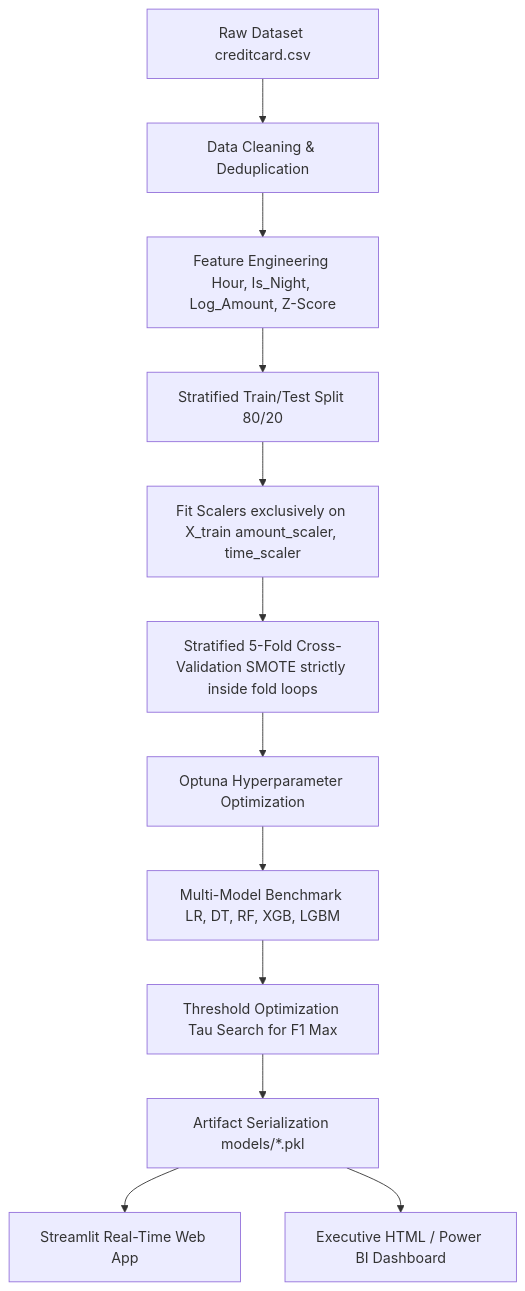
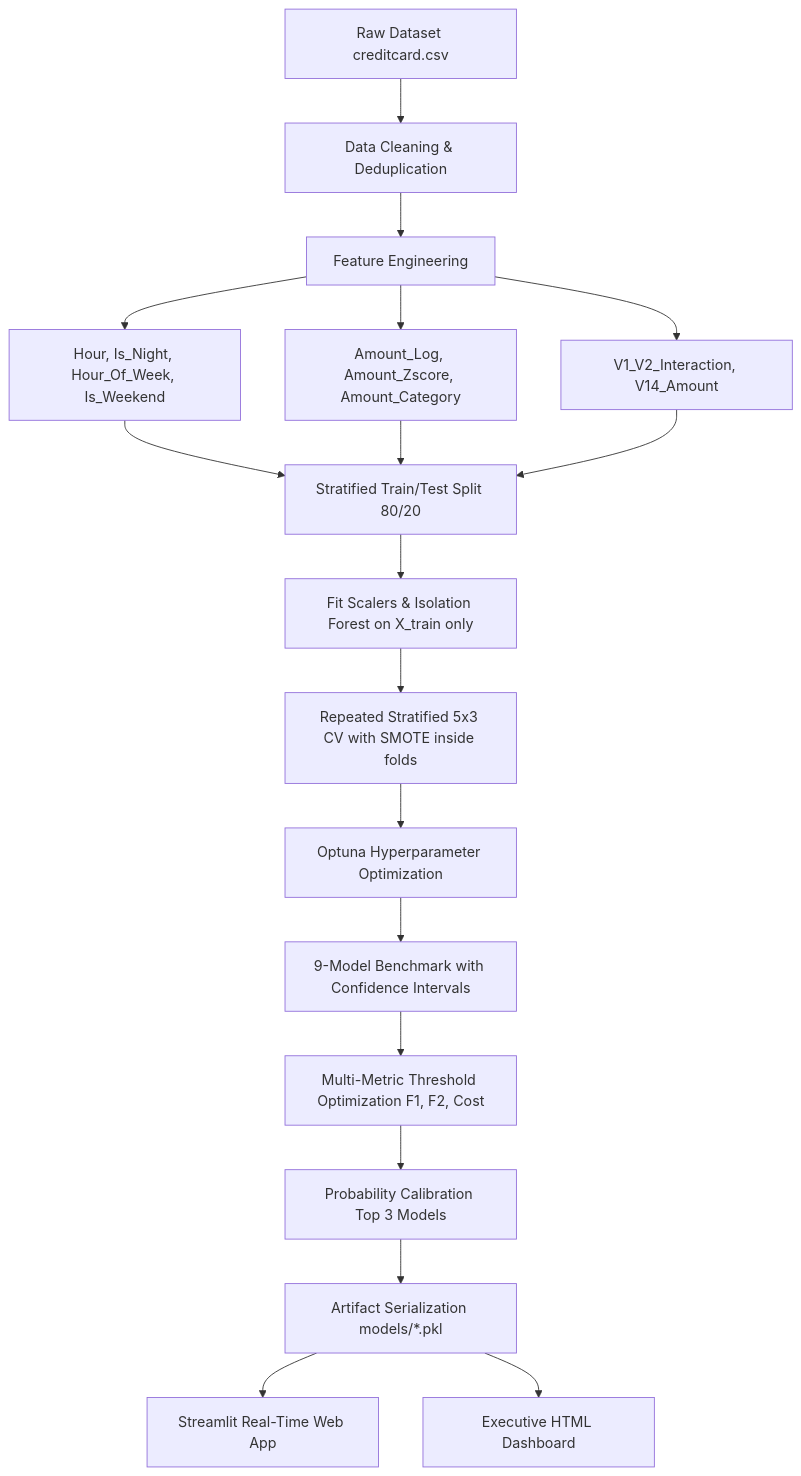
One commit to the-irritater/Credit-Card-Fraud-Detection changed the diagram in README.md. Above: the diagram before and after it, drawn with Mermaid. The commit also changed other lines of this file and 29 other files, not shown here.

````diff
--- a/README.md
+++ b/README.md
@@ -81,14 +108,18 @@
 ```mermaid
 graph TD
     A[Raw Dataset creditcard.csv] --> B[Data Cleaning & Deduplication]
-    B --> C[Feature Engineering Hour, Is_Night, Log_Amount, Z-Score]
-    C --> D[Stratified Train/Test Split 80/20]
-    D --> E[Fit Scalers exclusively on X_train amount_scaler, time_scaler]
-    E --> F[Stratified 5-Fold Cross-Validation SMOTE strictly inside fold loops]
+    B --> C[Feature Engineering]
+    C --> C1[Hour, Is_Night, Hour_Of_Week, Is_Weekend]
+    C --> C2[Amount_Log, Amount_Zscore, Amount_Category]
+    C --> C3[V1_V2_Interaction, V14_Amount]
+    C1 & C2 & C3 --> D[Stratified Train/Test Split 80/20]
+    D --> E[Fit Scalers & Isolation Forest on X_train only]
+    E --> F[Repeated Stratified 5x3 CV with SMOTE inside folds]
     F --> G[Optuna Hyperparameter Optimization]
-    G --> H[Multi-Model Benchmark LR, DT, RF, XGB, LGBM]
-    H --> I[Threshold Optimization Tau Search for F1 Max]
-    I --> J[Artifact Serialization models/*.pkl]
-    J --> K[Streamlit Real-Time Web App]
-    J --> L[Executive HTML / Power BI Dashboard]
+    G --> H[9-Model Benchmark with Confidence Intervals]
+    H --> I[Multi-Metric Threshold Optimization F1, F2, Cost]
+    I --> J[Probability Calibration Top 3 Models]
+    J --> K[Artifact Serialization models/*.pkl]
+    K --> L[Streamlit Real-Time Web App]
+    K --> M[Executive HTML Dashboard]
 ```
````
